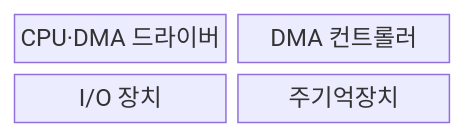
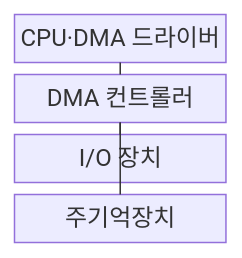
Before and after one commit to agnusdei1207/knowledge-base: the first of 2 diagrams in src/content/docs/notes/02-hardware/035_dma.md, drawn with Mermaid. The commit also changed other lines of this file and 20 other files, not shown here.

````diff
--- a/src/content/docs/notes/02-hardware/035_dma.md
+++ b/src/content/docs/notes/02-hardware/035_dma.md
@@ -64,8 +63,11 @@
 ```mermaid
 block
-    columns 2
+    columns 1
     C["CPU·DMA 드라이버"]
     D["DMA 컨트롤러"]
     I["I/O 장치"]
     M["주기억장치"]
+    C --- D
+    D --- I
+    D --- M
 ```
````
